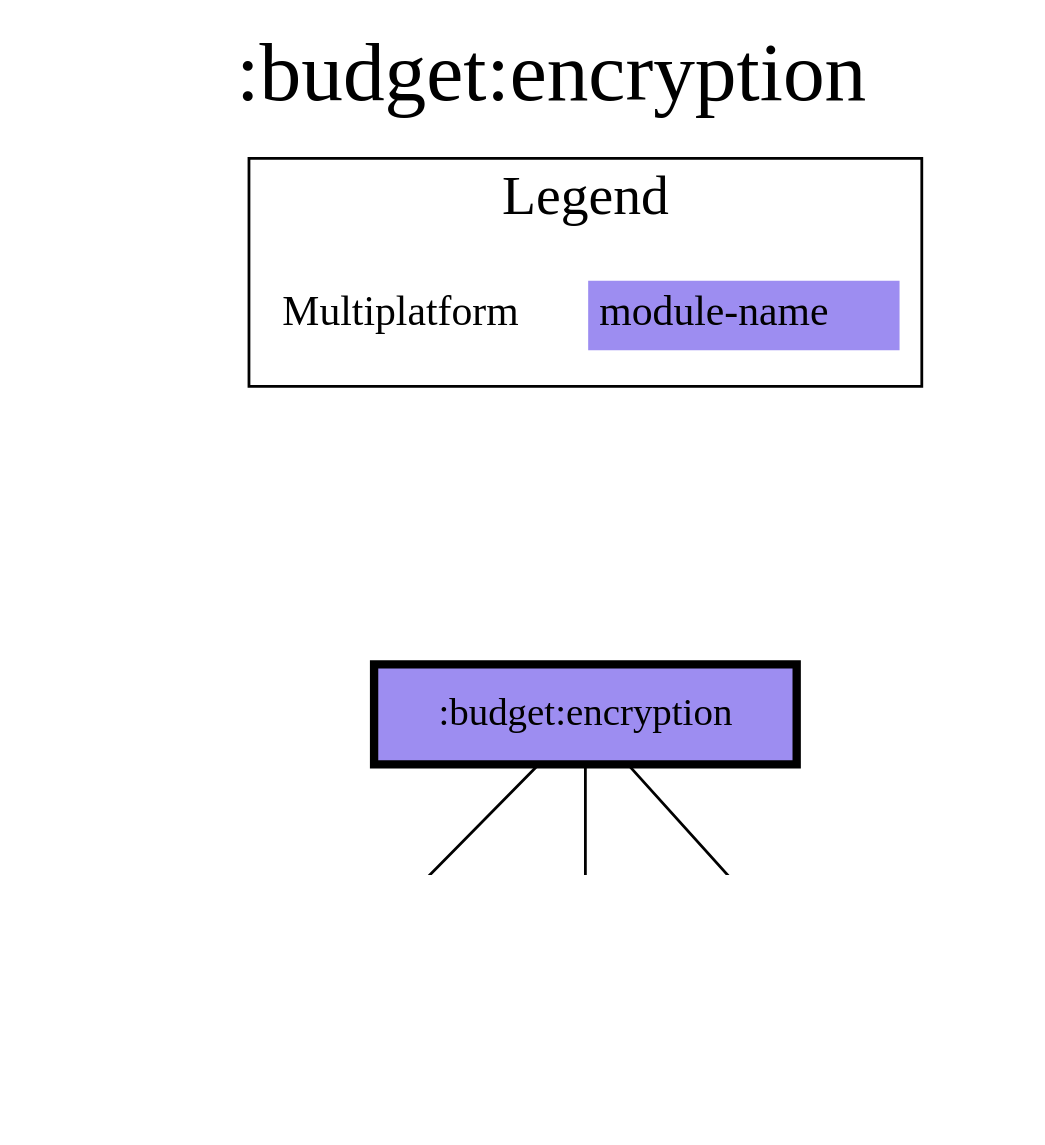
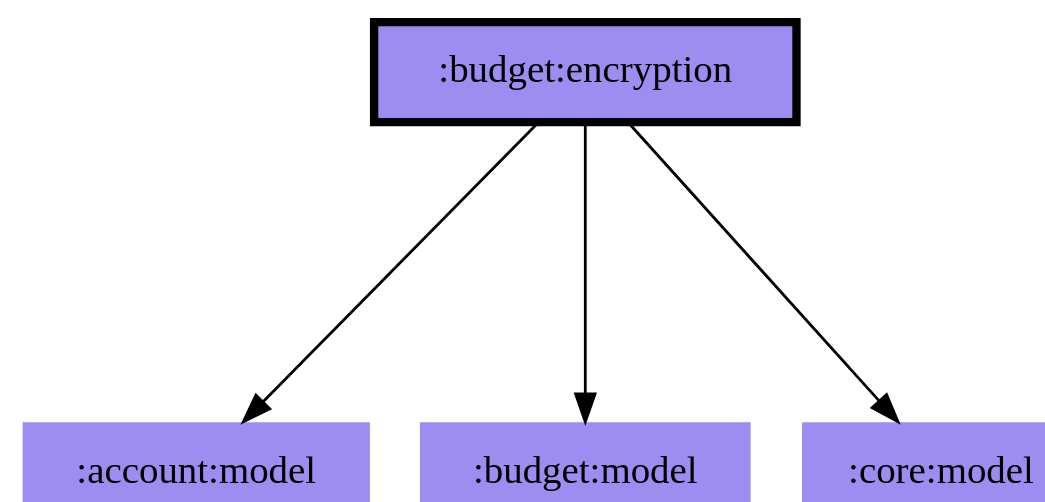
The diagram in modules/budget/encryption/modules.dot (jonapoul/aktual), drawn with Graphviz before and after one commit. The commit also changed 138 other files, not shown here.

First line of the commit message:
Rework diagram generation (#465)

```diff
--- a/modules/budget/encryption/modules.dot
+++ b/modules/budget/encryption/modules.dot
@@ -1,26 +1,12 @@
 digraph {
 edge ["dir"="forward"]
-graph ["dpi"="100","label"=":budget:encryption","labelloc"="t","fontsize"="30","ranksep"="1.5","rankdir"="TB"]
+graph ["dpi"="100","fontsize"="30","ranksep"="1.5","rankdir"="TB"]
 node ["style"="filled"]
 ":account:model" ["fillcolor"="#9D8DF1","shape"="none"]
 ":budget:encryption" ["fillcolor"="#9D8DF1","color"="black","penwidth"="3","shape"="box"]
 ":budget:model" ["fillcolor"="#9D8DF1","shape"="none"]
 ":core:model" ["fillcolor"="#9D8DF1","shape"="none"]
-{
-edge ["dir"="none"]
-graph ["rank"="same"]
-":budget:encryption"
-}
 ":budget:encryption" -> ":account:model"
 ":budget:encryption" -> ":budget:model"
 ":budget:encryption" -> ":core:model"
-subgraph "cluster_legend" {
-edge ["dir"="none"]
-graph ["label"="Legend","fontsize"="20"]
-"Legend" ["style"="filled","fillcolor"="#FFFFFF","shape"="none","margin"="0","fontsize"="15","label"=<
-<TABLE BORDER="0" CELLBORDER="0" CELLSPACING="0" CELLPADDING="4">
-<TR><TD>Multiplatform</TD><TD BGCOLOR="#9D8DF1">module-name</TD></TR>
-</TABLE>
->]
-} -> ":budget:encryption" ["style"="invis"]
 }
```
